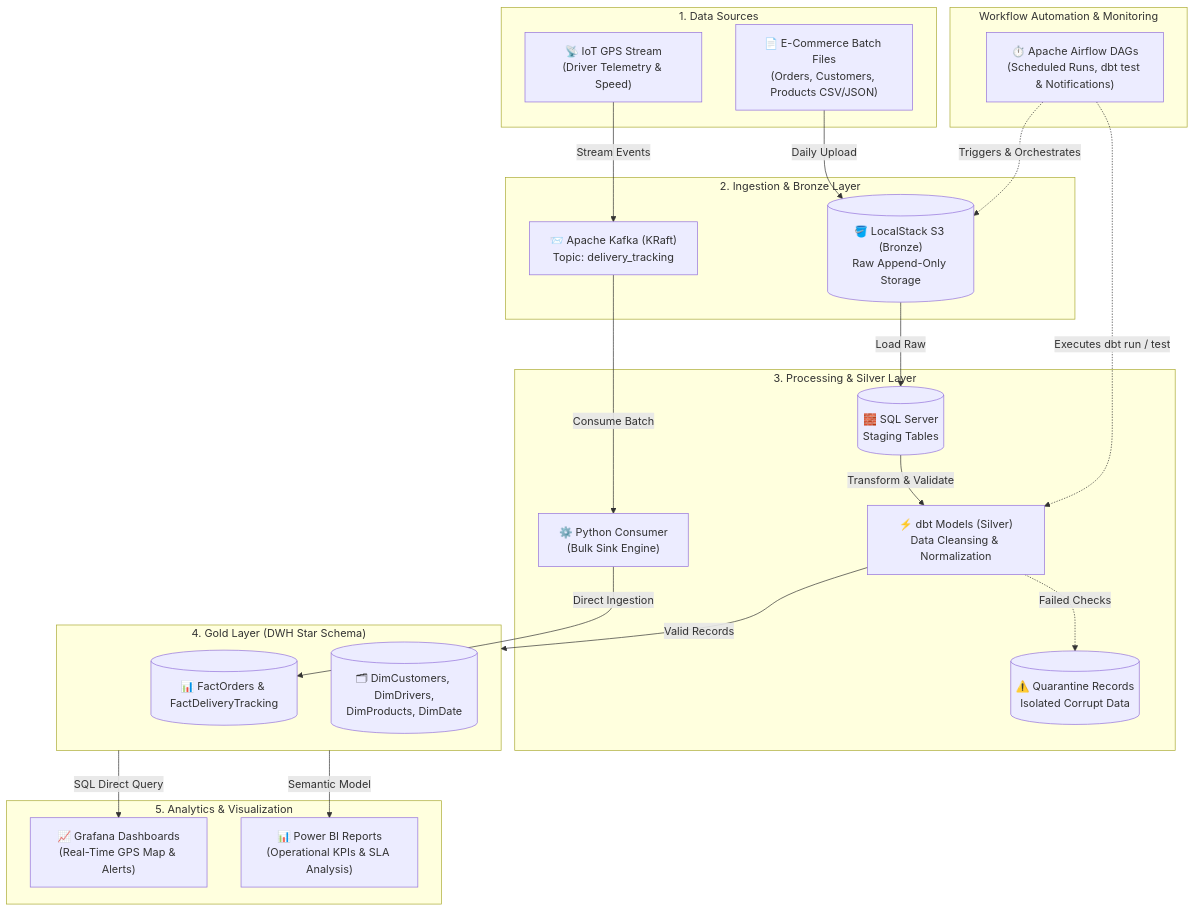
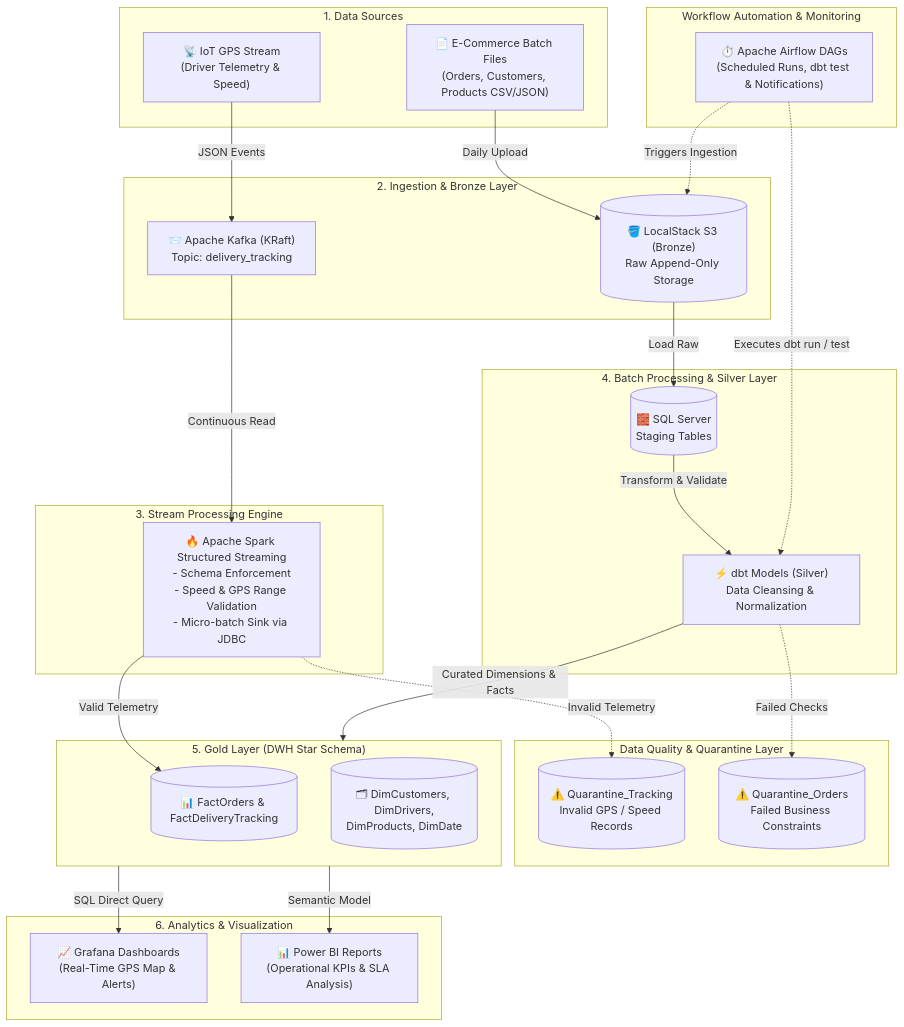
One commit to abdallahgalalabdallah/smart-E-commerce-logistics-data-platform changed the diagram in README.md. Above: the diagram before and after it, drawn with Mermaid. The commit also changed other lines of this file, not shown here.

````diff
--- a/README.md
+++ b/README.md
@@ -54,52 +55,62 @@
 ```mermaid
 flowchart TD
     subgraph SOURCELAYER["1. Data Sources"]
         SRC_STREAM["📡 IoT GPS Stream<br/>(Driver Telemetry & Speed)"]
         SRC_BATCH["📄 E-Commerce Batch Files<br/>(Orders, Customers, Products CSV/JSON)"]
     end
 
     subgraph INGESTION["2. Ingestion & Bronze Layer"]
         KAFKA["📨 Apache Kafka (KRaft)<br/>Topic: delivery_tracking"]
         S3_BRONZE[("🪣 LocalStack S3 (Bronze)<br/>Raw Append-Only Storage")]
     end
 
-    subgraph PROCESSING["3. Processing & Silver Layer"]
-        PY_CONSUMER["⚙️ Python Consumer<br/>(Bulk Sink Engine)"]
+    subgraph STREAM_PROCESS["3. Stream Processing Engine"]
+        SPARK_STREAM["🔥 Apache Spark Structured Streaming<br/>- Schema Enforcement<br/>- Speed & GPS Range Validation<br/>- Micro-batch Sink via JDBC"]
+    end
+
+    subgraph PROCESSING["4. Batch Processing & Silver Layer"]
         STAGING_TBL[("🧱 SQL Server<br/>Staging Tables")]
         DBT_CLEAN["⚡ dbt Models (Silver)<br/>Data Cleansing & Normalization"]
-        QUARANTINE[("⚠️ Quarantine Records<br/>Isolated Corrupt Data")]
     end
 
-    subgraph SERVING["4. Gold Layer (DWH Star Schema)"]
+    subgraph QUALITY_ROUTING["Data Quality & Quarantine Layer"]
+        QUARANTINE_STREAM[("⚠️ Quarantine_Tracking<br/>Invalid GPS / Speed Records")]
+        QUARANTINE_BATCH[("⚠️ Quarantine_Orders<br/>Failed Business Constraints")]
+    end
+
+    subgraph SERVING["5. Gold Layer (DWH Star Schema)"]
         DWH_FACT[("📊 FactOrders & FactDeliveryTracking")]
         DWH_DIM[("🗂 DimCustomers, DimDrivers,<br/>DimProducts, DimDate")]
     end
 
-    subgraph CONSUMPTION["5. Analytics & Visualization"]
+    subgraph CONSUMPTION["6. Analytics & Visualization"]
         GRAFANA["📈 Grafana Dashboards<br/>(Real-Time GPS Map & Alerts)"]
         POWERBI["📊 Power BI Reports<br/>(Operational KPIs & SLA Analysis)"]
     end
 
     subgraph ORCHESTRATION["Workflow Automation & Monitoring"]
         AIRFLOW["⏱️ Apache Airflow DAGs<br/>(Scheduled Runs, dbt test & Notifications)"]
     end
 
-    SRC_STREAM -->|Stream Events| KAFKA
+    %% Streaming Flow
+    SRC_STREAM -->|JSON Events| KAFKA
+    KAFKA -->|Continuous Read| SPARK_STREAM
+    SPARK_STREAM -->|Valid Telemetry| DWH_FACT
+    SPARK_STREAM -.->|Invalid Telemetry| QUARANTINE_STREAM
+
+    %% Batch Flow
     SRC_BATCH -->|Daily Upload| S3_BRONZE
-
-    KAFKA -->|Consume Batch| PY_CONSUMER
-    PY_CONSUMER -->|Direct Ingestion| DWH_FACT
-
     S3_BRONZE -->|Load Raw| STAGING_TBL
     STAGING_TBL -->|Transform & Validate| DBT_CLEAN
+    DBT_CLEAN -->|Curated Dimensions & Facts| SERVING
+    DBT_CLEAN -.->|Failed Checks| QUARANTINE_BATCH
 
-    DBT_CLEAN -->|Valid Records| SERVING
-    DBT_CLEAN -.->|Failed Checks| QUARANTINE
-
+    %% Consumption Flow
     SERVING -->|SQL Direct Query| GRAFANA
     SERVING -->|Semantic Model| POWERBI
 
-    AIRFLOW -.->|Triggers & Orchestrates| S3_BRONZE
+    %% Orchestration
+    AIRFLOW -.->|Triggers Ingestion| S3_BRONZE
     AIRFLOW -.->|Executes dbt run / test| DBT_CLEAN
 
 ```
````
